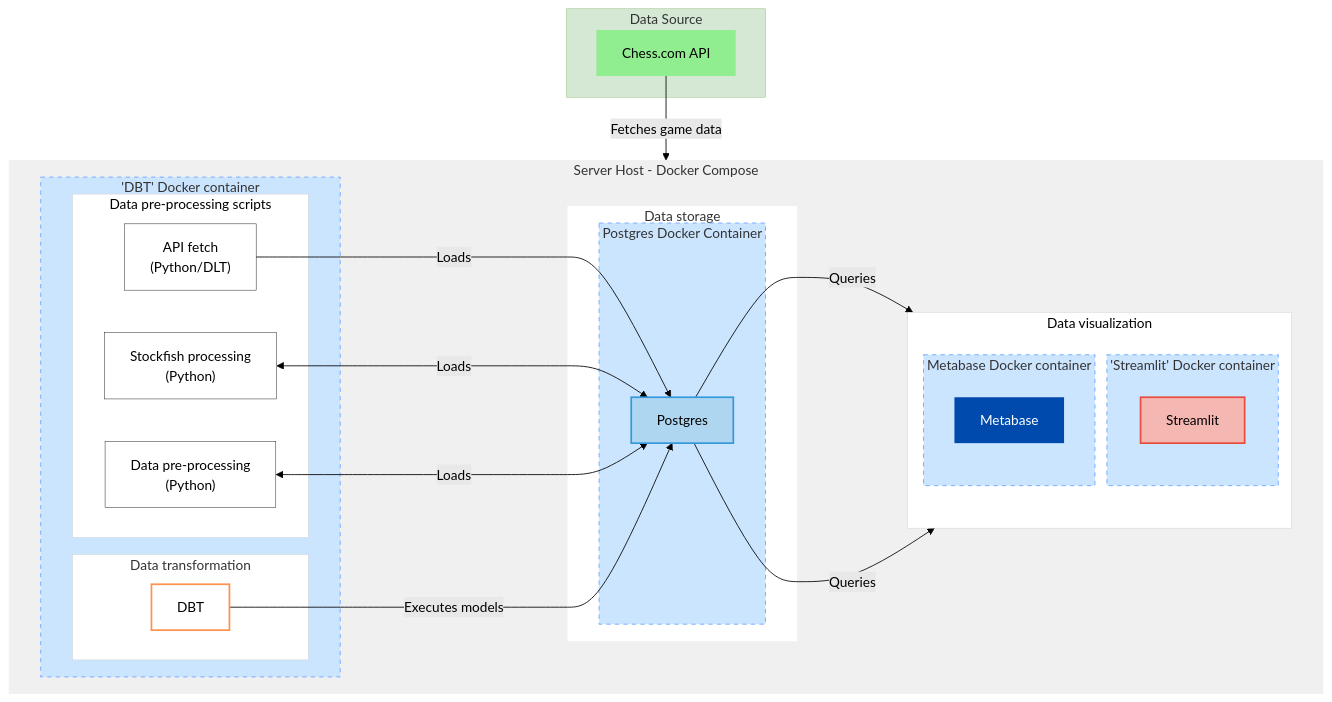
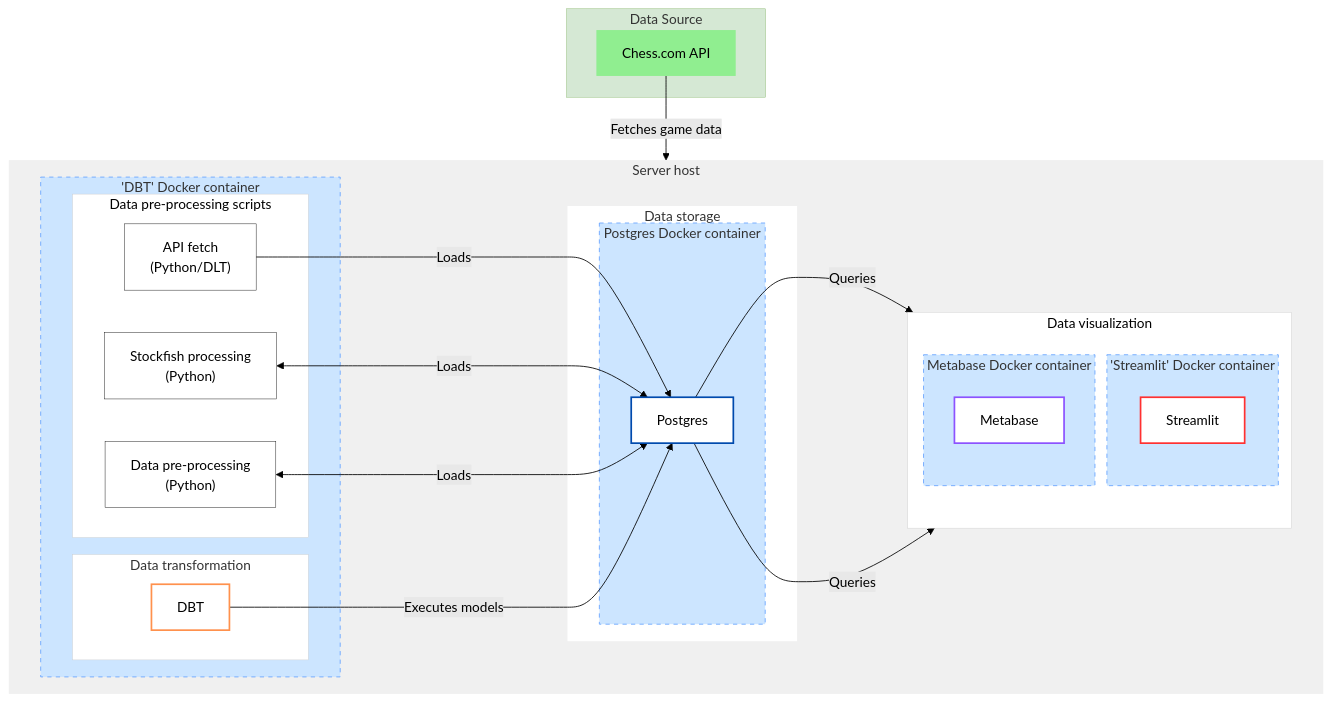
Before and after one commit to gabriellegall/chess_com_bi_pg: the diagram in README.md, drawn with Mermaid (forest theme).

````diff
--- a/README.md
+++ b/README.md
@@ -32,78 +32,78 @@
 ```mermaid
 graph TD;
 
     %% Subgraph Definitions
     subgraph DS ["Data Source"]
         A[Chess.com API]
     end
 
-    subgraph Server["Server Host - Docker Compose"]
+    subgraph Server["Server host"]
 		subgraph s4["Data storage"]
-	        subgraph StorageDB["Postgres Docker Container"]
+	        subgraph StorageDB["Postgres Docker container"]
 	            C[Postgres Database]
 	        end
 		end
 		subgraph s1["'DBT' Docker container"]
 	        subgraph Transformation["Data transformation"]
 	            D["DBT"]
 	        end
 	        subgraph Ingestion["Data pre-processing scripts"]
 				n1["Python pre-processing"]
 				n2["Stockfish processing<br>(Python)"]
 	            B["API Fetch & Stockfish Analysis<br>(Python/DLT)"]
 	        end
 		end
         direction LR
 
 
         subgraph Visualization["Data visualization"]
 			subgraph s3["'Streamlit' Docker container"]
 				F["Streamlit"]
 			end
 			subgraph s2["Metabase Docker container"]
 				E["Metabase"]
 			end
             direction TB
         end
     end
 
 
     %% Data Flow & Interactions
     A -->|"Fetches game data"| B
     B["API fetch<br>(Python/DLT)"] -->|"Loads"| C
     D -->|"Executes models"| C
     C
     C
 
-    style C fill:#AED6F1,stroke:#3498DB,stroke-width:2px
-    style F fill:#F5B7B1,stroke:#E74C3C,stroke-width:2px,color:#000
 
     %% Subgraph Styling
     style DS fill:#D5E8D4,stroke:#82B366,stroke-width:0.5px
     style StorageDB fill:#cce5ff,stroke:#66a3ff,stroke-width:1px,stroke-dasharray:5 5  
 	B
 	C
 	Transformation
 	C	
 	n2 <--->|"Loads"| C
 	n1["Data pre-processing <br>(Python)"] <--->|"Loads"| C["Postgres"]
-	style E fill:#004AAD,stroke:#2ECC71,stroke-width:0px,color:#FFFFFF
 	style A fill:#90ee90,stroke:#333,stroke-width:0px
 	style s1 fill:#cce5ff,stroke:#66a3ff,stroke-width:1px,stroke-dasharray:5 5  
 	style Ingestion fill:#FFFFFF,stroke:#ccc,stroke-width:0.5px,color:#000000
 	style D fill:#FFFFFF,stroke:#FF914D,stroke-width:2px
 	style Transformation fill:#FFFFFF,stroke:#ccc,stroke-width:0.5px
 
 	C -->|"Queries"| E
 	C -->|"Queries"| F
 	style Visualization fill:#FFFFFF,stroke:#ccc,stroke-width:0.5px,color:#000000
 	style B fill:#FFFFFF,stroke:#000000,stroke-width:0.5px
 	style n2 fill:#FFFFFF,stroke-width:0.5px,stroke:#000000
 	style n1 fill:#FFFFFF,stroke-width:0.5px,color:#000000,stroke:#000000
     style s2 fill:#cce5ff,stroke:#66a3ff,stroke-width:1px,stroke-dasharray:5 5  
     style s3 fill:#cce5ff,stroke:#66a3ff,stroke-width:1px,stroke-dasharray:5 5  
 	style s4 fill:#FFFFFF,stroke-width:0px
 	style Server fill:#f0f0f0,stroke:#aaa,stroke-width:0px
 	D
 	F
+	style F fill:#FFFFFF,stroke:#FF3131,stroke-width:2px,color:#000
+	style C fill:#FFFFFF,stroke:#004AAD,stroke-width:2px
+	style E fill:#FFFFFF,stroke:#8C52FF,stroke-width:2px,color:#000000
 ```
````
